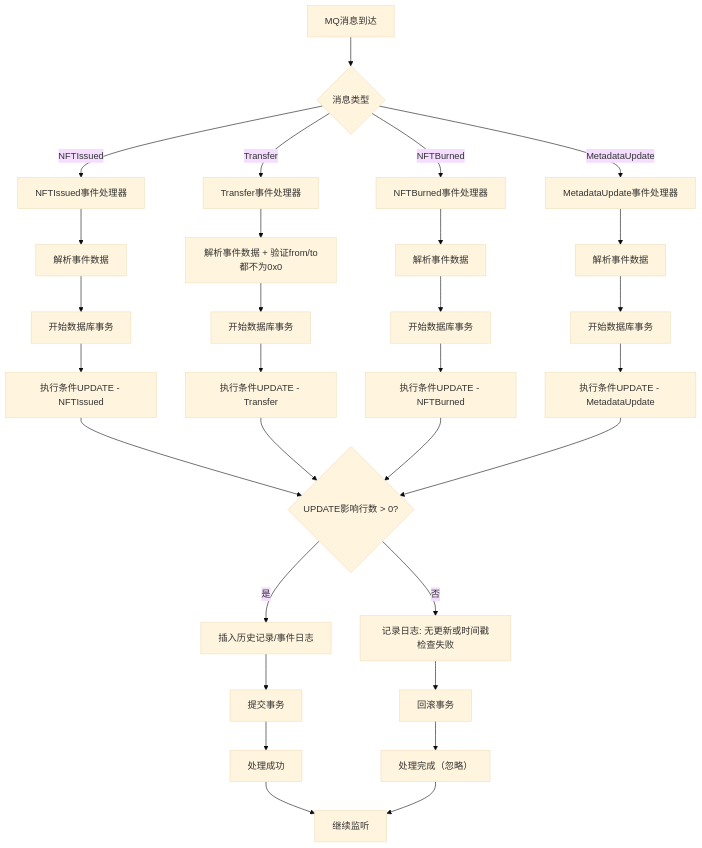
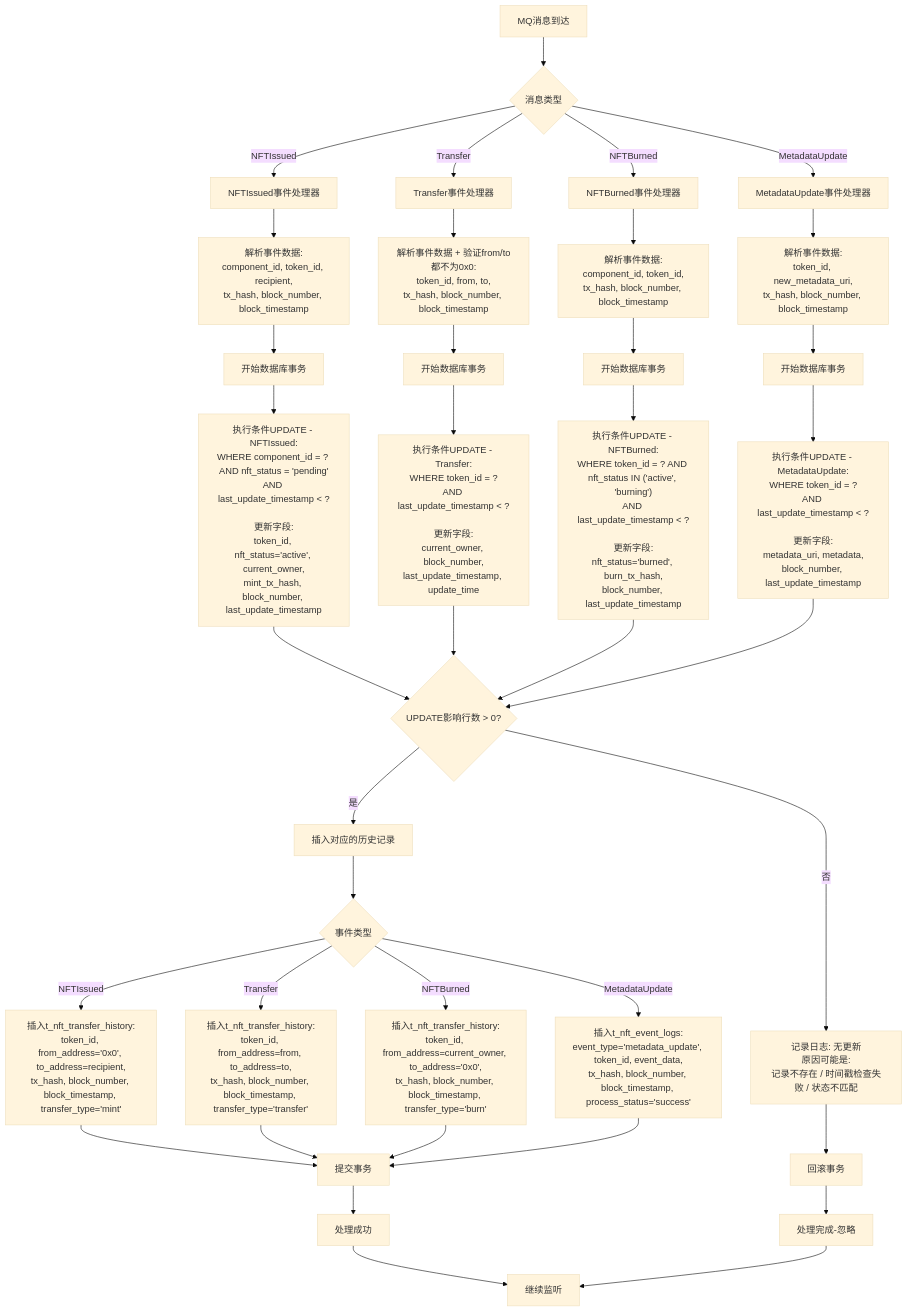
The diagram in all/未命名-71.md (yingjianzh/iodraw-files), drawn with Mermaid (base theme) before and after one commit.

Commit message:
2025-07-03 17:45:57 update

````diff
--- a/all/未命名-71.md
+++ b/all/未命名-71.md
@@ -1,43 +1,59 @@
 ```mermaid
 flowchart TD
     A[MQ消息到达] --> B{消息类型}
     
     %% 四种事件类型
     B -->|NFTIssued| C[NFTIssued事件处理器]
     B -->|Transfer| D[Transfer事件处理器]
     B -->|NFTBurned| E[NFTBurned事件处理器]
     B -->|MetadataUpdate| F[MetadataUpdate事件处理器]
     
-    %% 通用处理流程
-    C --> G[解析事件数据]
-    D --> H[解析事件数据 + 验证from/to都不为0x0]
-    E --> I[解析事件数据]
-    F --> J[解析事件数据]
+    %% 解析事件数据
+    C --> G["解析事件数据:<br/>component_id, token_id, recipient,<br/>tx_hash, block_number, block_timestamp"]
+    D --> H["解析事件数据 + 验证from/to都不为0x0:<br/>token_id, from, to,<br/>tx_hash, block_number, block_timestamp"]
+    E --> I["解析事件数据:<br/>component_id, token_id,<br/>tx_hash, block_number, block_timestamp"]
+    F --> J["解析事件数据:<br/>token_id, new_metadata_uri,<br/>tx_hash, block_number, block_timestamp"]
     
     G --> K[开始数据库事务]
     H --> L[开始数据库事务]
     I --> M[开始数据库事务]
     J --> N[开始数据库事务]
     
-    K --> O[执行条件UPDATE - NFTIssued]
-    L --> P[执行条件UPDATE - Transfer]
-    M --> Q[执行条件UPDATE - NFTBurned]
-    N --> R[执行条件UPDATE - MetadataUpdate]
+    K --> O["执行条件UPDATE - NFTIssued:<br/>WHERE component_id = ? AND nft_status = 'pending'<br/>AND last_update_timestamp < ?<br/><br/>更新字段:<br/>token_id, nft_status='active', current_owner,<br/>mint_tx_hash, block_number, last_update_timestamp"]
+    
+    L --> P["执行条件UPDATE - Transfer:<br/>WHERE token_id = ?<br/>AND last_update_timestamp < ?<br/><br/>更新字段:<br/>current_owner, block_number,<br/>last_update_timestamp, update_time"]
+    
+    M --> Q["执行条件UPDATE - NFTBurned:<br/>WHERE token_id = ? AND nft_status IN ('active', 'burning')<br/>AND last_update_timestamp < ?<br/><br/>更新字段:<br/>nft_status='burned', burn_tx_hash,<br/>block_number, last_update_timestamp"]
+    
+    N --> R["执行条件UPDATE - MetadataUpdate:<br/>WHERE token_id = ?<br/>AND last_update_timestamp < ?<br/><br/>更新字段:<br/>metadata_uri, metadata,<br/>block_number, last_update_timestamp"]
     
     O --> S{UPDATE影响行数 > 0?}
     P --> S
     Q --> S
     R --> S
     
-    S -->|否| T[记录日志: 无更新或时间戳检查失败]
-    S -->|是| U[插入历史记录/事件日志]
+    S -->|否| T["记录日志: 无更新<br/>原因可能是:<br/>记录不存在 / 时间戳检查失败 / 状态不匹配"]
+    S -->|是| U[插入对应的历史记录]
     
-    U --> V[提交事务]
+    U --> U1{事件类型}
+    U1 -->|NFTIssued| U2["插入t_nft_transfer_history:<br/>token_id, from_address='0x0', to_address=recipient,<br/>tx_hash, block_number, block_timestamp, transfer_type='mint'"]
+    
+    U1 -->|Transfer| U3["插入t_nft_transfer_history:<br/>token_id, from_address=from, to_address=to,<br/>tx_hash, block_number, block_timestamp, transfer_type='transfer'"]
+    
+    U1 -->|NFTBurned| U4["插入t_nft_transfer_history:<br/>token_id, from_address=current_owner, to_address='0x0',<br/>tx_hash, block_number, block_timestamp, transfer_type='burn'"]
+    
+    U1 -->|MetadataUpdate| U5["插入t_nft_event_logs:<br/>event_type='metadata_update', token_id, event_data,<br/>tx_hash, block_number, block_timestamp, process_status='success'"]
+    
+    U2 --> V[提交事务]
+    U3 --> V
+    U4 --> V
+    U5 --> V
+    
     T --> W[回滚事务]
     
     V --> X[处理成功]
-    W --> Y[处理完成（忽略）]
+    W --> Y[处理完成-忽略]
     
     X --> Z[继续监听]
     Y --> Z
 ```
````
